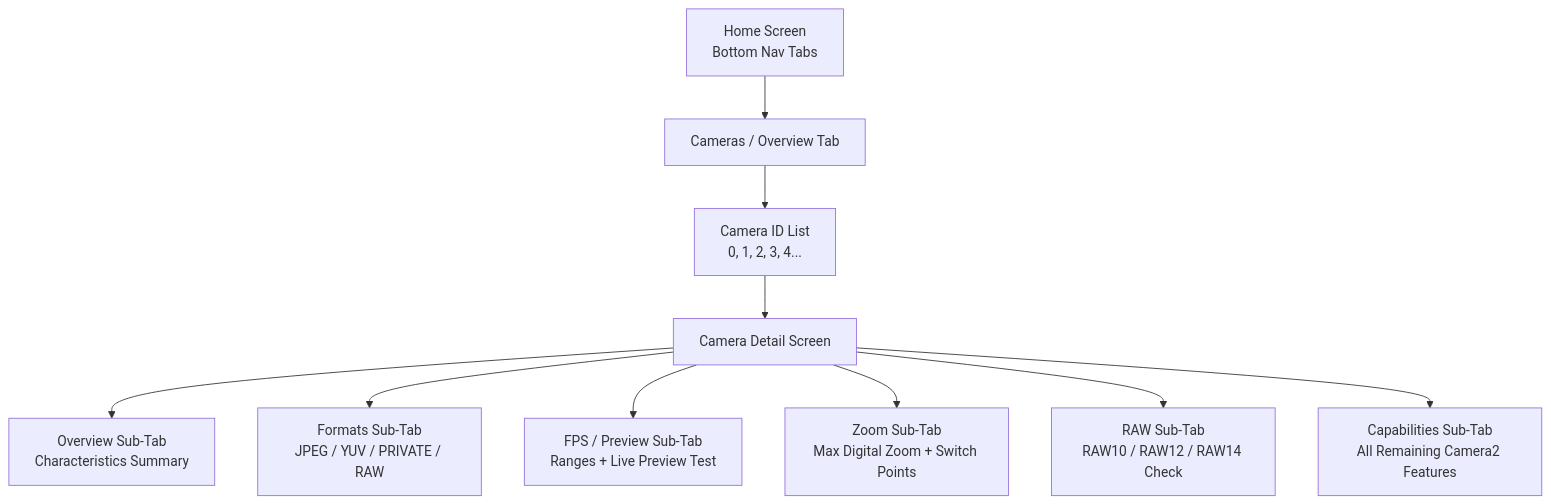
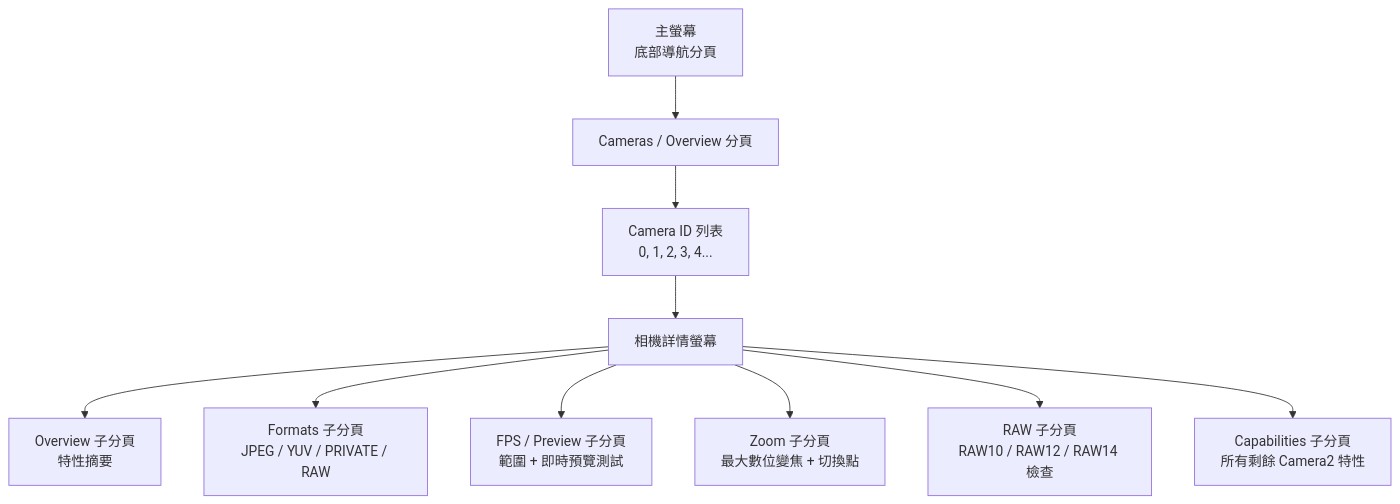
The second of 2 diagrams in website/i18n/zh-Hant/docusaurus-plugin-content-docs/current/camera2/exploring-your-phones-camera.md (zoozooll/AndroidCameraParameters), drawn with Mermaid before and after one commit. The commit also changed other lines of this file and 378 other files, not shown here.

````diff
--- a/website/i18n/zh-Hant/docusaurus-plugin-content-docs/current/camera2/exploring-your-phones-camera.md
+++ b/website/i18n/zh-Hant/docusaurus-plugin-content-docs/current/camera2/exploring-your-phones-camera.md
@@ -204,12 +204,12 @@
 ```mermaid
 flowchart TD
-    A[Home Screen\nBottom Nav Tabs] --> B[Cameras / Overview Tab]
-    B --> C[Camera ID List\n0, 1, 2, 3, 4...]
-    C --> D[Camera Detail Screen]
-    D --> E[Overview Sub-Tab\nCharacteristics Summary]
-    D --> F[Formats Sub-Tab\nJPEG / YUV / PRIVATE / RAW]
-    D --> G[FPS / Preview Sub-Tab\nRanges + Live Preview Test]
-    D --> H[Zoom Sub-Tab\nMax Digital Zoom + Switch Points]
-    D --> I[RAW Sub-Tab\nRAW10 / RAW12 / RAW14 Check]
-    D --> J[Capabilities Sub-Tab\nAll Remaining Camera2 Features]
+    A["主螢幕<br/>底部導航分頁"] --> B["Cameras / Overview 分頁"]
+    B --> C[Camera ID 列表<br/>0, 1, 2, 3, 4...]
+    C --> D[相機詳情螢幕]
+    D --> E[Overview 子分頁<br/>特性摘要]
+    D --> F[Formats 子分頁<br/>JPEG / YUV / PRIVATE / RAW]
+    D --> G[FPS / Preview 子分頁<br/>範圍 + 即時預覽測試]
+    D --> H[Zoom 子分頁<br/>最大數位變焦 + 切換點]
+    D --> I[RAW 子分頁<br/>RAW10 / RAW12 / RAW14 檢查]
+    D --> J[Capabilities 子分頁<br/>所有剩餘 Camera2 特性]
 ```
````
